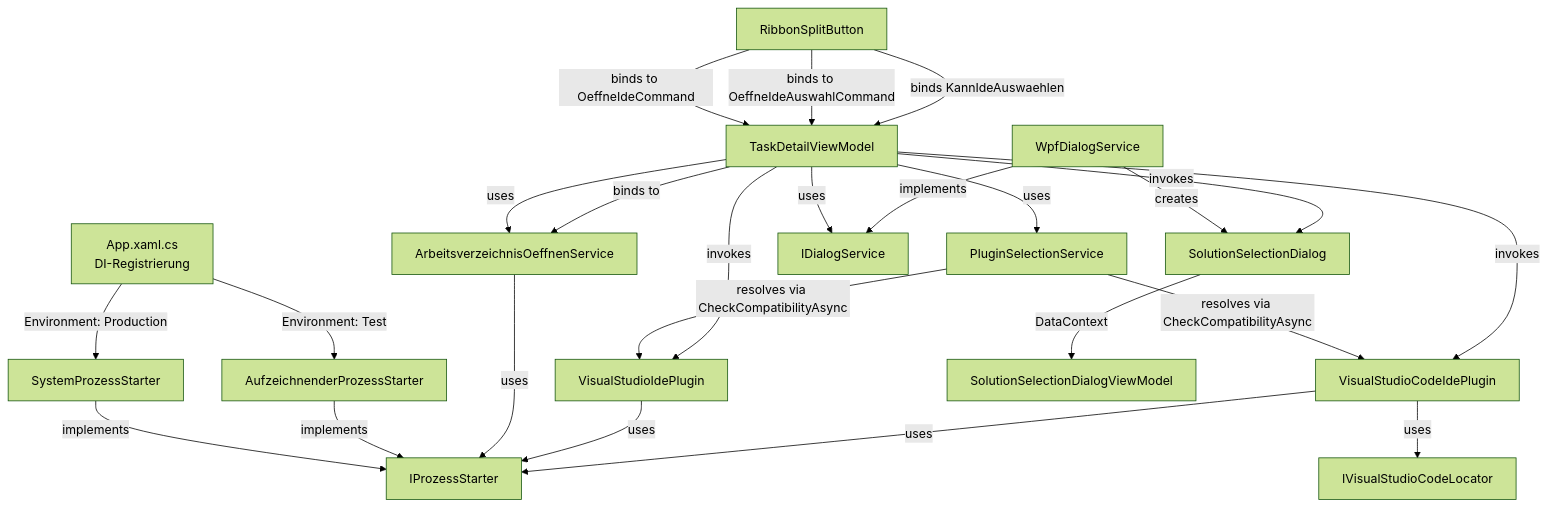
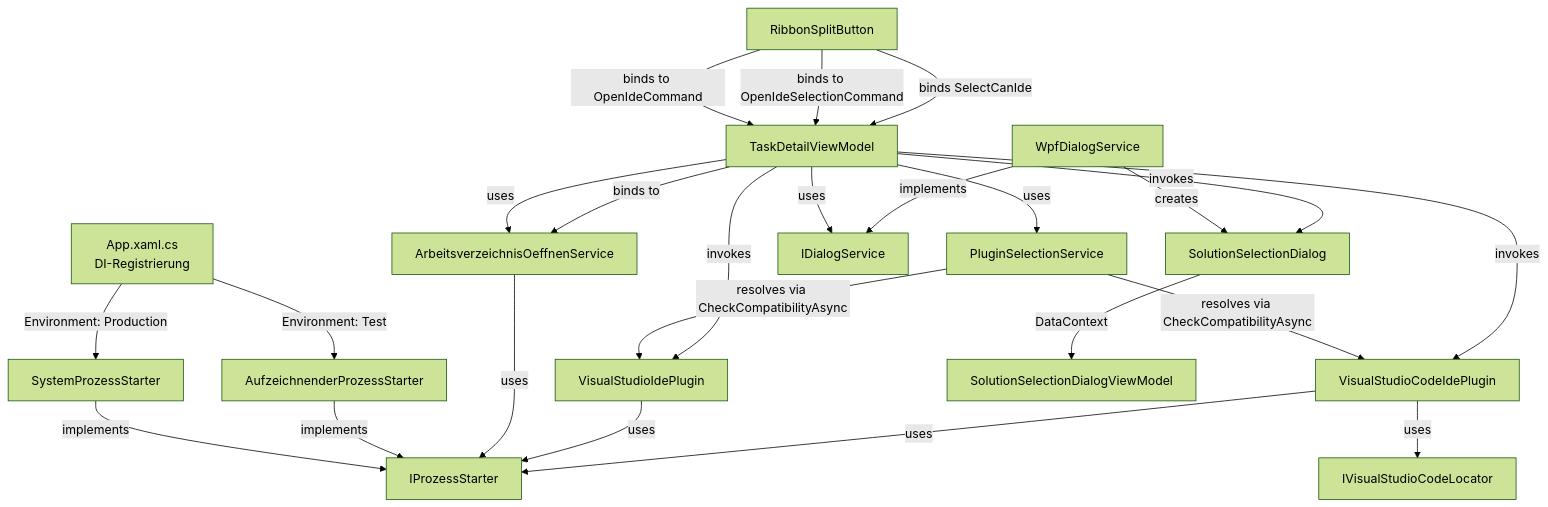
Before and after one commit to martin-stromberg/Softwareschmiede: the diagram in docs/help/dateisystem-integration/architektur.md, drawn with Mermaid (forest theme). The commit also changed other lines of this file and 76 other files, not shown here.

````diff
--- a/docs/help/dateisystem-integration/architektur.md
+++ b/docs/help/dateisystem-integration/architektur.md
@@ -202,34 +202,34 @@
 ```mermaid
 graph TD
     A["App.xaml.cs<br/>DI-Registrierung"]
     A -->|Environment: Production| B["SystemProzessStarter"]
     A -->|Environment: Test| C["AufzeichnenderProzessStarter"]
     
     B -->|implements| D["IProzessStarter"]
     C -->|implements| D
     
     E["ArbeitsverzeichnisOeffnenService"] -->|uses| D
     L["VisualStudioIdePlugin"] -->|uses| D
     M["VisualStudioCodeIdePlugin"] -->|uses| D
     M -->|uses| N["IVisualStudioCodeLocator"]
 
     P["PluginSelectionService"] -->|resolves via CheckCompatibilityAsync| L
     P -->|resolves via CheckCompatibilityAsync| M
 
     G["TaskDetailViewModel"] -->|uses| E
     G -->|uses| P
     G -->|invokes| L
     G -->|invokes| M
     G -->|uses| H["IDialogService"]
     
     I["WpfDialogService"] -->|implements| H
     I -->|creates| J["SolutionSelectionDialog"]
     J -->|DataContext| K["SolutionSelectionDialogViewModel"]
     
     G -->|invokes| J
     G -->|binds to| E
     
-    RB["RibbonSplitButton"] -->|binds to OeffneIdeCommand| G
-    RB -->|binds to OeffneIdeAuswahlCommand| G
-    RB -->|binds KannIdeAuswaehlen| G
+    RB["RibbonSplitButton"] -->|binds to OpenIdeCommand| G
+    RB -->|binds to OpenIdeSelectionCommand| G
+    RB -->|binds SelectCanIde| G
 ```
````
